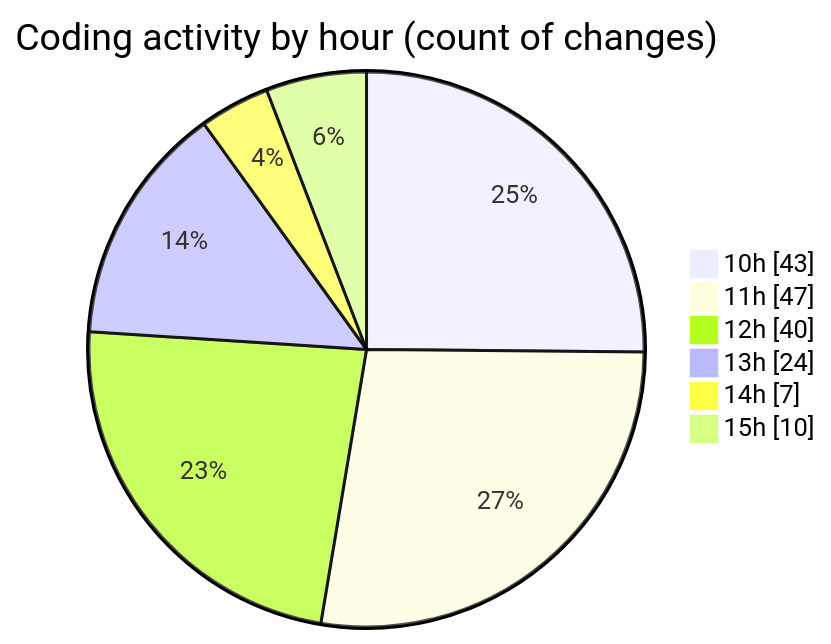
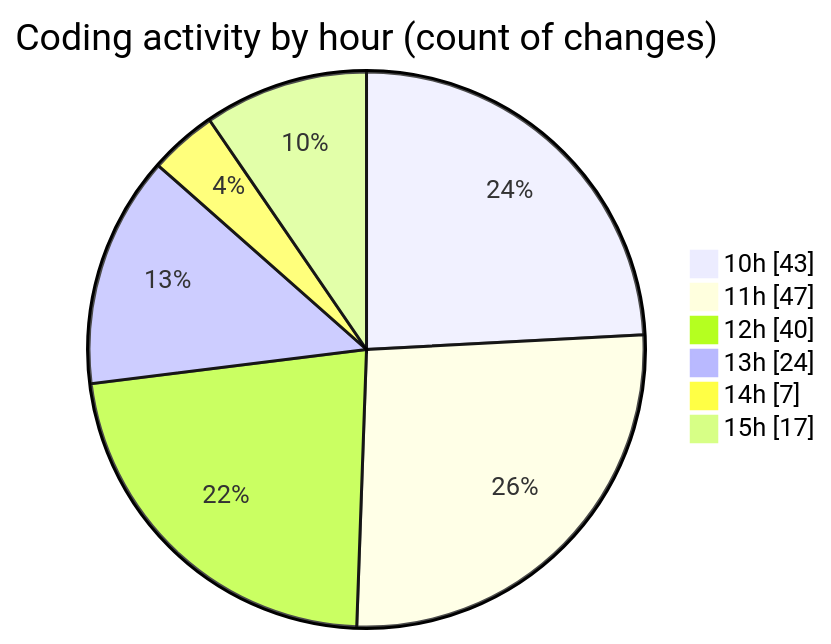
One commit to momahboobian/code-tracking changed the second of 2 diagrams in 2025-02-10/cda/README.md. Above: the diagram before and after it, drawn with Mermaid. The commit also changed other lines of this file and 1 other file, not shown here.

````diff
--- a/2025-02-10/cda/README.md
+++ b/2025-02-10/cda/README.md
@@ -35,10 +35,10 @@
 ```mermaid
 pie showData
 title Coding activity by hour (count of changes)
 "10h" : 43
 "11h" : 47
 "12h" : 40
 "13h" : 24
 "14h" : 7
-"15h" : 10
+"15h" : 17
 ```
````
